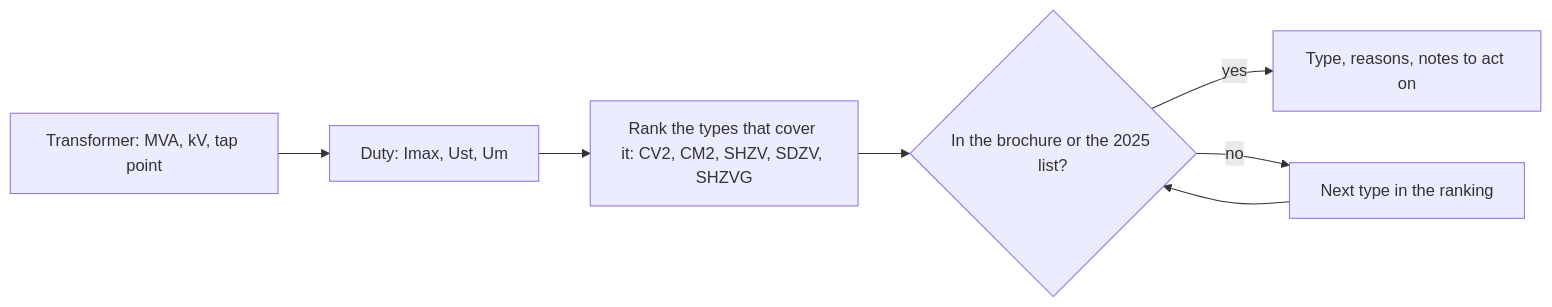
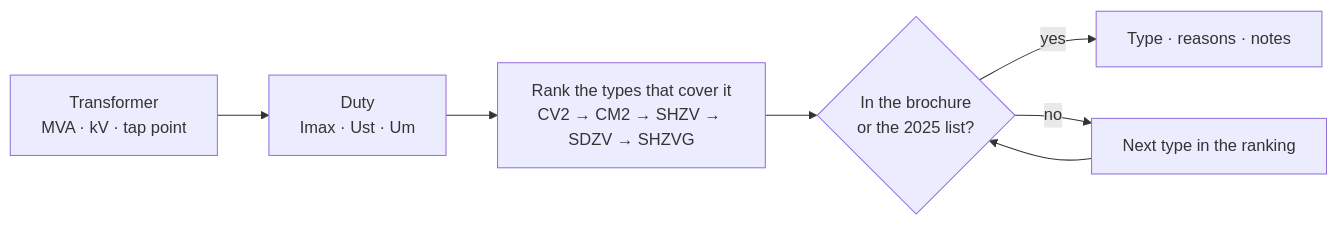
The diagram in README.md (erict16/oltc-selector), drawn with Mermaid before and after one commit. The commit also changed other lines of this file and 11 other files, not shown here.

````diff
--- a/README.md
+++ b/README.md
@@ -140,9 +309,9 @@
 ```mermaid
 flowchart LR
-  A["Transformer: MVA, kV, tap point"] --> B["Duty: Imax, Ust, Um"]
-  B --> D["Rank the types that cover it: CV2, CM2, SHZV, SDZV, SHZVG"]
-  D --> E{"In the brochure or the 2025 list?"}
-  E -- yes --> F["Type, reasons, notes to act on"]
-  E -- no --> G["Next type in the ranking"]
-  G --> E
+  A["Transformer<br/>MVA · kV · tap point"] --> B["Duty<br/>Imax · Ust · Um"]
+  B --> C["Rank the types that cover it<br/>CV2 → CM2 → SHZV → SDZV → SHZVG"]
+  C --> D{"In the brochure<br/>or the 2025 list?"}
+  D -- yes --> E["Type · reasons · notes"]
+  D -- no --> F["Next type in the ranking"]
+  F --> D
 ```
````
